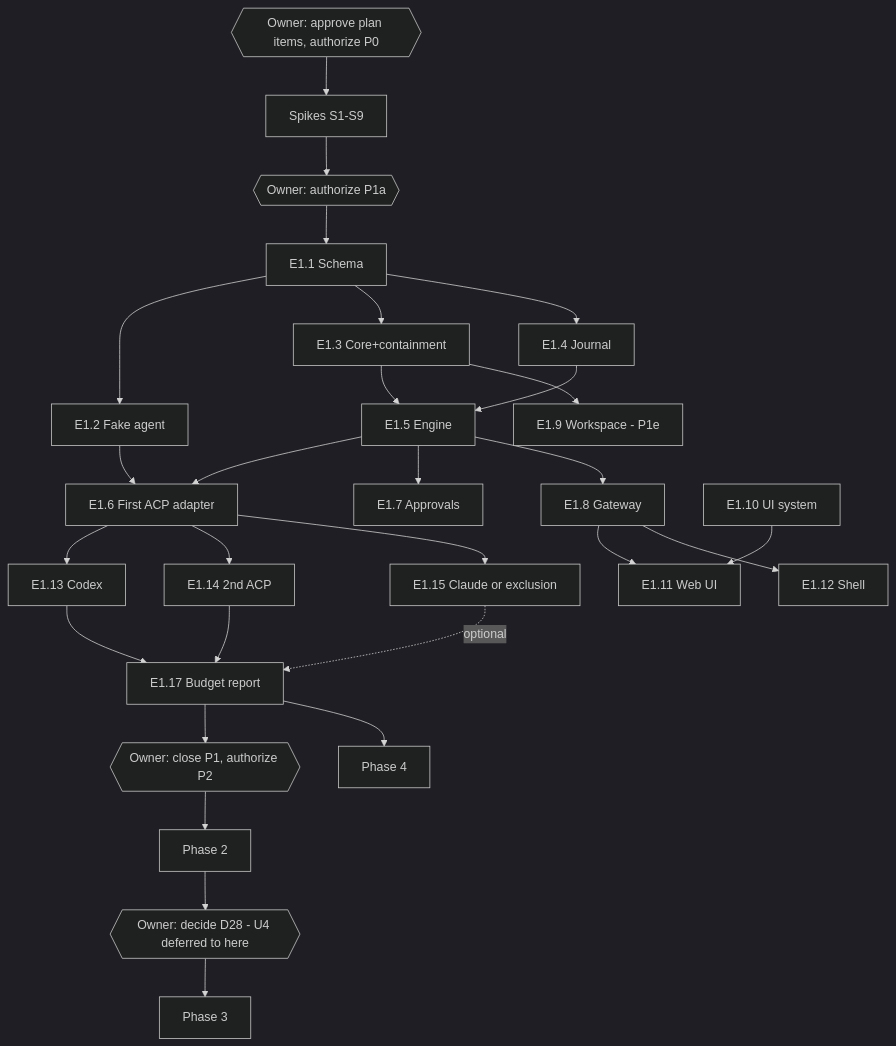
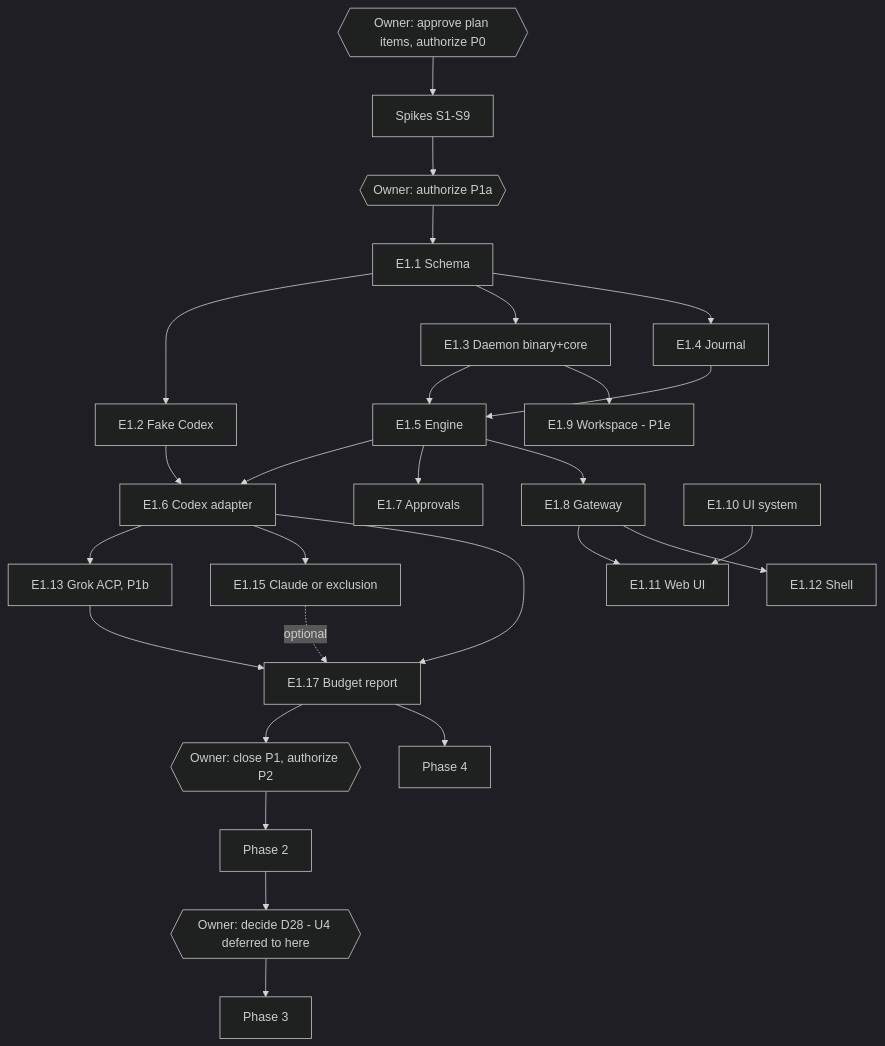
One commit to ForkHorizon/Shardrail changed the diagram in planning/10-roadmap-and-backlog.md. Above: the diagram before and after it, drawn with Mermaid (dark theme). The commit also changed other lines of this file and 15 other files, not shown here.

````diff
--- a/planning/10-roadmap-and-backlog.md
+++ b/planning/10-roadmap-and-backlog.md
@@ -115,19 +118,20 @@
 ```mermaid
 flowchart TD
   G0{{Owner: approve plan items, authorize P0}} --> P0[Spikes S1-S9]
   P0 --> G1{{Owner: authorize P1a}}
   G1 --> E11[E1.1 Schema]
-  E11 --> E12[E1.2 Fake agent] & E13[E1.3 Core+containment] & E14[E1.4 Journal]
+  E11 --> E12[E1.2 Fake Codex] & E13[E1.3 Daemon binary+core] & E14[E1.4 Journal]
   E13 & E14 --> E15[E1.5 Engine]
-  E12 & E15 --> E16[E1.6 First ACP adapter]
+  E12 & E15 --> E16[E1.6 Codex adapter]
   E15 --> E17[E1.7 Approvals] & E18[E1.8 Gateway]
   E13 --> E19[E1.9 Workspace - P1e]
   E110[E1.10 UI system] --> E111[E1.11 Web UI]
   E18 --> E111 & E112[E1.12 Shell]
-  E16 --> E113[E1.13 Codex] & E114[E1.14 2nd ACP] & E115[E1.15 Claude or exclusion]
-  E113 & E114 --> E117[E1.17 Budget report]
+  E16 --> E113[E1.13 Grok ACP, P1b] & E115[E1.15 Claude or exclusion]
+  E16 --> E117[E1.17 Budget report]
+  E113 --> E117
   E115 -. optional .-> E117
   E117 --> G2{{Owner: close P1, authorize P2}} --> P2[Phase 2]
   P2 --> G3{{Owner: decide D28 - U4 deferred to here}} --> P3[Phase 3]
   E117 --> P4[Phase 4]
 ```
````
